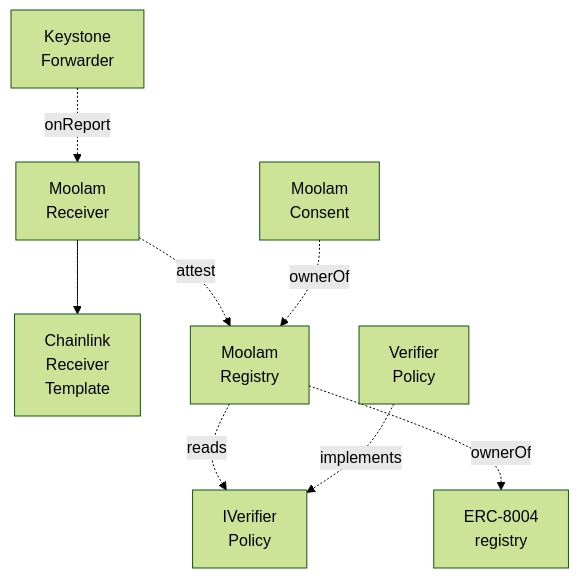
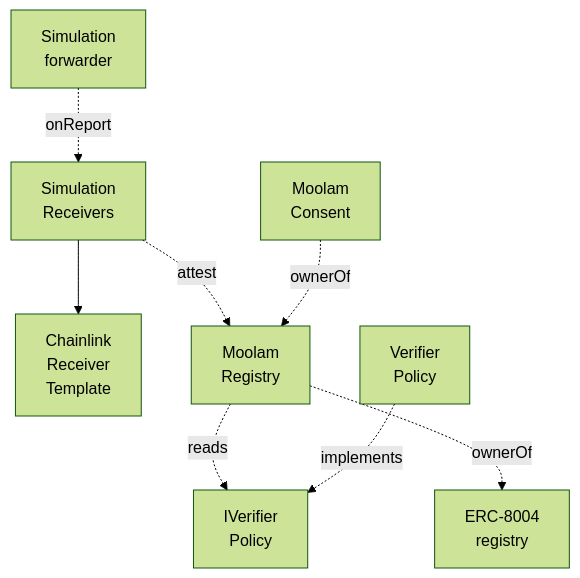
Diagram 12 of 12 in docs/developers/architecture.md (ramakrishnanhulk20/Moolam), drawn with Mermaid (forest theme) before and after one commit. The commit also changed other lines of this file and 28 other files, not shown here.

````diff
--- a/docs/developers/architecture.md
+++ b/docs/developers/architecture.md
@@ -251,10 +272,10 @@
 ```mermaid phone "Half two: what it reads, and who may write a re-check."
 flowchart TD
-    FW[Keystone<br/>Forwarder] -. onReport .-> RC[Moolam<br/>Receiver]
-    RC --> RT[Chainlink<br/>Receiver<br/>Template]
-    RC -. attest .-> MR[Moolam<br/>Registry]
+    MF[Simulation<br/>forwarder] -. onReport .-> SR[Simulation<br/>Receivers]
+    SR --> RT[Chainlink<br/>Receiver<br/>Template]
+    SR -. attest .-> MR[Moolam<br/>Registry]
     MR -. reads .-> IVP[IVerifier<br/>Policy]
     MR -. ownerOf .-> I8[ERC-8004<br/>registry]
     VP[Verifier<br/>Policy] -. implements .-> IVP
     MC[Moolam<br/>Consent] -. ownerOf .-> MR
 ```
````
